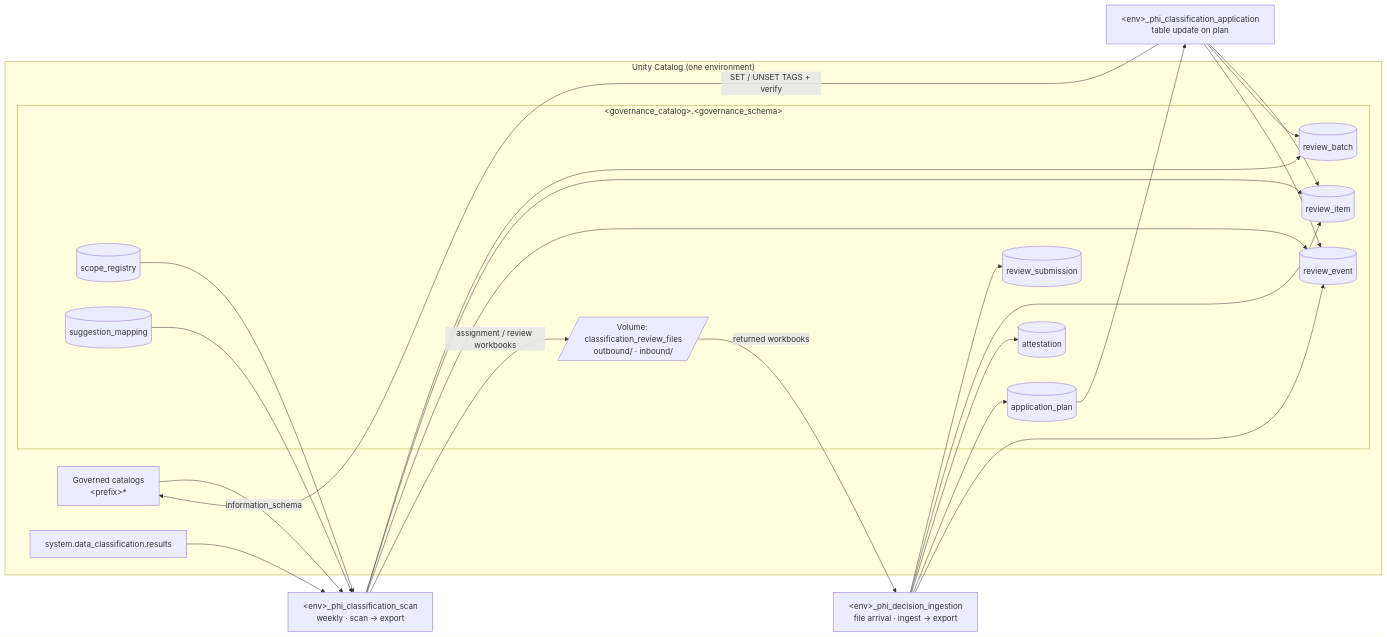
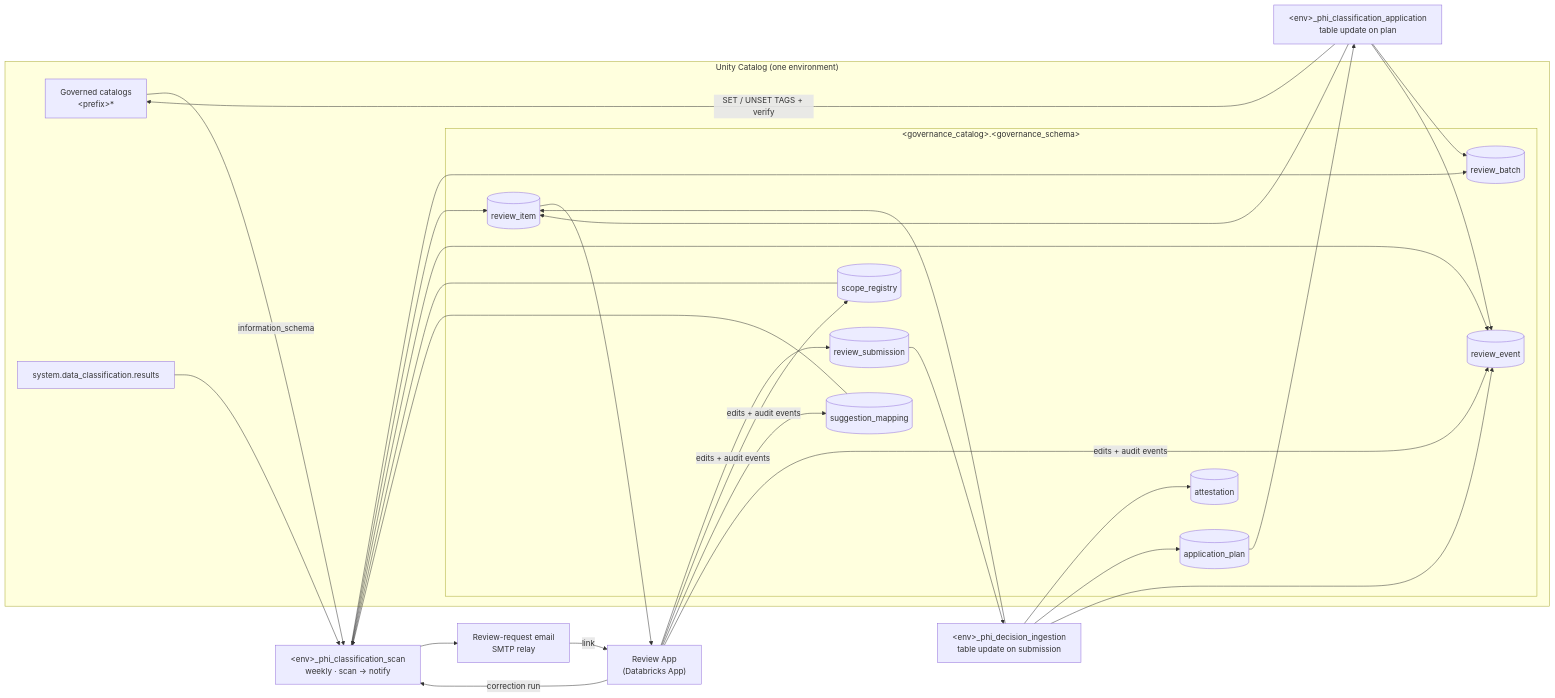
One commit to ryan-rabold-databricks/phi-classification-framework changed the diagram in README.md. Above: the diagram before and after it, drawn with Mermaid. The commit also changed other lines of this file and 23 other files, not shown here.

````diff
--- a/README.md
+++ b/README.md
@@ -50,34 +50,40 @@
 ```mermaid
 flowchart LR
     subgraph UC["Unity Catalog (one environment)"]
         GC["Governed catalogs<br/>&lt;prefix&gt;*"]
         DCR["system.data_classification.results"]
         subgraph GOV["&lt;governance_catalog&gt;.&lt;governance_schema&gt;"]
             REG[(scope_registry)]
             MAP[(suggestion_mapping)]
             BAT[(review_batch)]
             ITM[(review_item)]
             SUB[(review_submission)]
             ATT[(attestation)]
             PLN[(application_plan)]
             EVT[(review_event)]
-            VOL[/"Volume: classification_review_files<br/>outbound/ · inbound/"/]
         end
     end
 
-    SCAN["&lt;env&gt;_phi_classification_scan<br/>weekly · scan → export"]
-    ING["&lt;env&gt;_phi_decision_ingestion<br/>file arrival · ingest → export"]
-    APP["&lt;env&gt;_phi_classification_application<br/>table update on plan"]
+    SCAN["&lt;env&gt;_phi_classification_scan<br/>weekly · scan → notify"]
+    MAIL["Review-request email<br/>SMTP relay"]
+    RAPP["Review App<br/>(Databricks App)"]
+    ING["&lt;env&gt;_phi_decision_ingestion<br/>table update on submission"]
+    APPL["&lt;env&gt;_phi_classification_application<br/>table update on plan"]
 
     REG --> SCAN
     MAP --> SCAN
     DCR --> SCAN
     GC -- information_schema --> SCAN
     SCAN --> BAT & ITM & EVT
-    SCAN -- assignment / review workbooks --> VOL
-    VOL -- returned workbooks --> ING
-    ING --> SUB & ITM & ATT & PLN & EVT
-    PLN --> APP
-    APP -- SET / UNSET TAGS + verify --> GC
-    APP --> ITM & BAT & EVT
+    SCAN --> MAIL
+    MAIL -- link --> RAPP
+    ITM --> RAPP
+    RAPP --> SUB
+    RAPP -- edits + audit events --> REG & MAP & EVT
+    RAPP -- correction run --> SCAN
+    SUB --> ING
+    ING --> ITM & ATT & PLN & EVT
+    PLN --> APPL
+    APPL -- SET / UNSET TAGS + verify --> GC
+    APPL --> ITM & BAT & EVT
 ```
````
